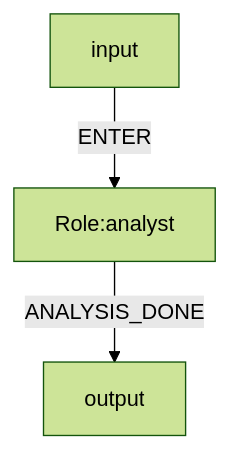
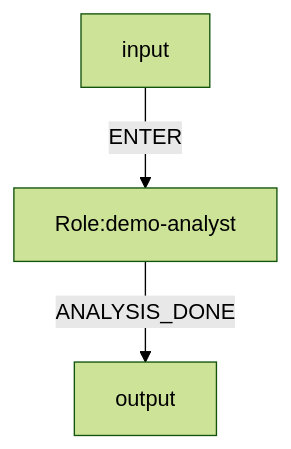
One commit to Fredericzhou/ogsystem changed the diagram in examples/console-system.mmd. Above: the diagram before and after it, drawn with Mermaid (forest theme). The commit also changed 78 other files, not shown here.

```diff
--- a/examples/console-system.mmd
+++ b/examples/console-system.mmd
@@ -1,9 +1,9 @@
 flowchart TD
 %% system.id=demo.console
 %% system.version=1.0.0
 %% law.global=law.console.base
-%% entry.role=analyst
-%% exec.bind.analyst=exec.console.codex.v1
+%% entry.role=demo-analyst
+%% exec.bind.demo-analyst=exec.console.codex.v1
 
-input -->|ENTER| analyst[Role:analyst]
-analyst[Role:analyst] -->|ANALYSIS_DONE| output
+input -->|ENTER| analyst[Role:demo-analyst]
+analyst[Role:demo-analyst] -->|ANALYSIS_DONE| output
```
